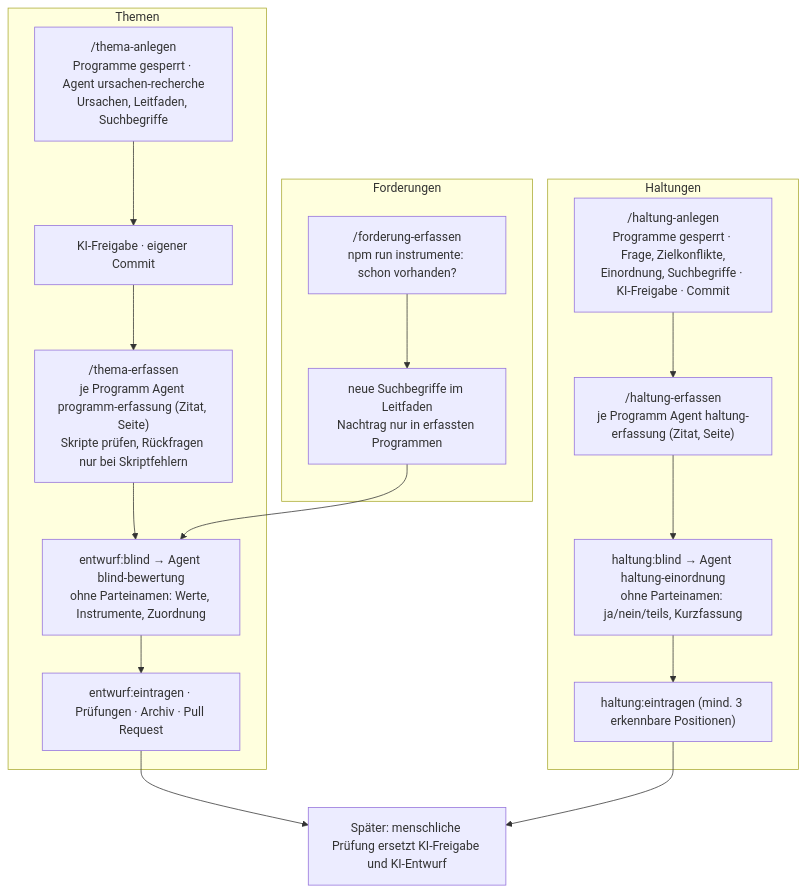
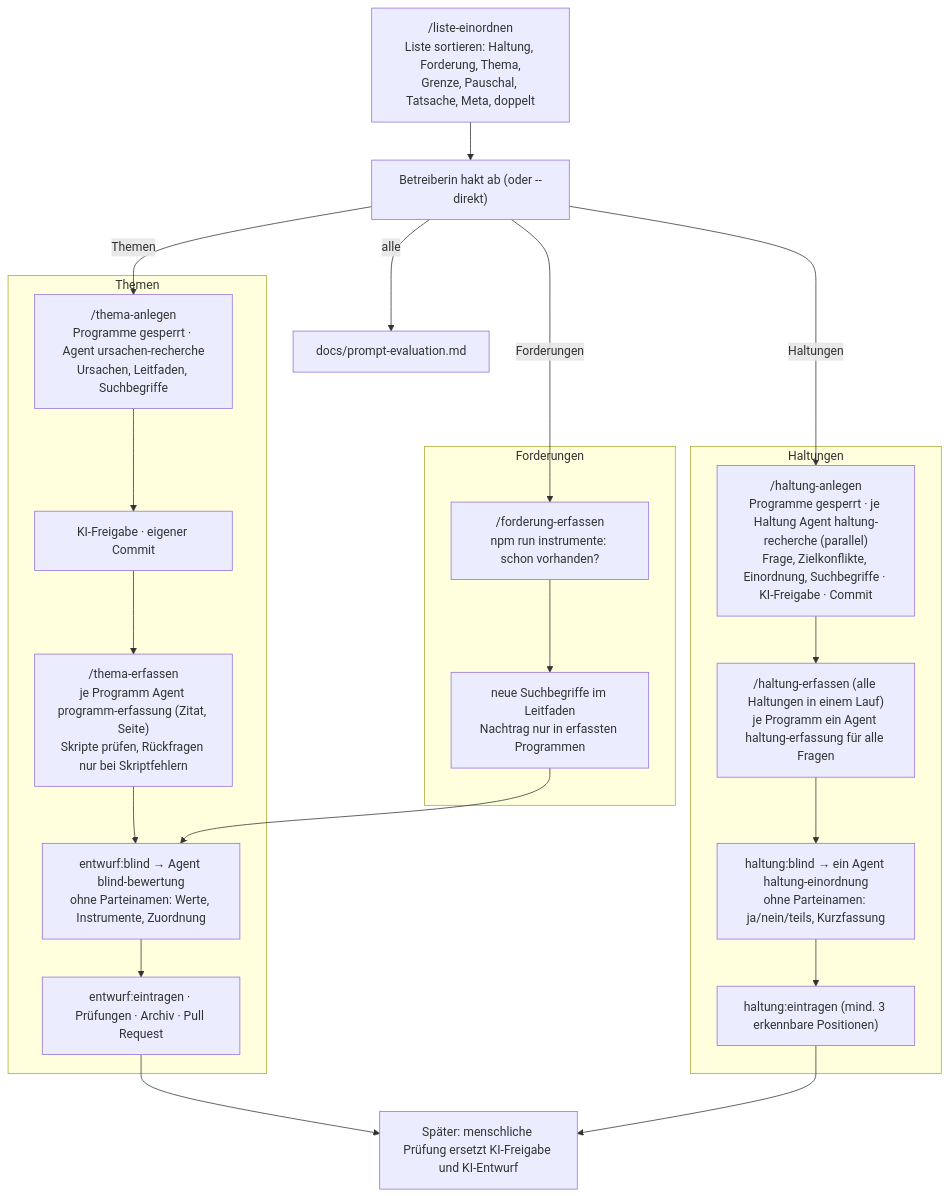
The diagram in .claude/skills/README.md (ma3u/politik-duell), drawn with Mermaid before and after one commit. The commit also changed other lines of this file and 21 other files, not shown here.

First line of the commit message:
Listen verarbeiten: /liste-einordnen, parallele Haltungsrecherche, gebündelte Erfassung

````diff
--- a/.claude/skills/README.md
+++ b/.claude/skills/README.md
@@ -5,25 +5,32 @@
 ```mermaid
 flowchart TD
+    L["/liste-einordnen<br/>Liste sortieren: Haltung, Forderung, Thema,<br/>Grenze, Pauschal, Tatsache, Meta, doppelt"]
+    LB["Betreiberin hakt ab (oder --direkt)"]
+    L --> LB
+    LB -->|Haltungen| H1
+    LB -->|Themen| T1
+    LB -->|Forderungen| F1
+    LB -->|alle| EV["docs/prompt-evaluation.md"]
     subgraph T["Themen"]
         T1["/thema-anlegen<br/>Programme gesperrt · Agent ursachen-recherche<br/>Ursachen, Leitfaden, Suchbegriffe"]
         T2["KI-Freigabe · eigener Commit"]
         T3["/thema-erfassen<br/>je Programm Agent programm-erfassung (Zitat, Seite)<br/>Skripte prüfen, Rückfragen nur bei Skriptfehlern"]
         T4["entwurf:blind → Agent blind-bewertung<br/>ohne Parteinamen: Werte, Instrumente, Zuordnung"]
         T5["entwurf:eintragen · Prüfungen · Archiv · Pull Request"]
         T1 --> T2 --> T3 --> T4 --> T5
     end
     subgraph F["Forderungen"]
         F1["/forderung-erfassen<br/>npm run instrumente: schon vorhanden?"]
         F2["neue Suchbegriffe im Leitfaden<br/>Nachtrag nur in erfassten Programmen"]
         F1 --> F2 --> T4
     end
     subgraph H["Haltungen"]
-        H1["/haltung-anlegen<br/>Programme gesperrt · Frage, Zielkonflikte,<br/>Einordnung, Suchbegriffe · KI-Freigabe · Commit"]
-        H2["/haltung-erfassen<br/>je Programm Agent haltung-erfassung (Zitat, Seite)"]
-        H3["haltung:blind → Agent haltung-einordnung<br/>ohne Parteinamen: ja/nein/teils, Kurzfassung"]
+        H1["/haltung-anlegen<br/>Programme gesperrt · je Haltung Agent haltung-recherche (parallel)<br/>Frage, Zielkonflikte, Einordnung, Suchbegriffe · KI-Freigabe · Commit"]
+        H2["/haltung-erfassen (alle Haltungen in einem Lauf)<br/>je Programm ein Agent haltung-erfassung für alle Fragen"]
+        H3["haltung:blind → ein Agent haltung-einordnung<br/>ohne Parteinamen: ja/nein/teils, Kurzfassung"]
         H4["haltung:eintragen (mind. 3 erkennbare Positionen)"]
         H1 --> H2 --> H3 --> H4
     end
     T5 --> P["Später: menschliche Prüfung ersetzt KI-Freigabe und KI-Entwurf"]
     H4 --> P
 ```
````
